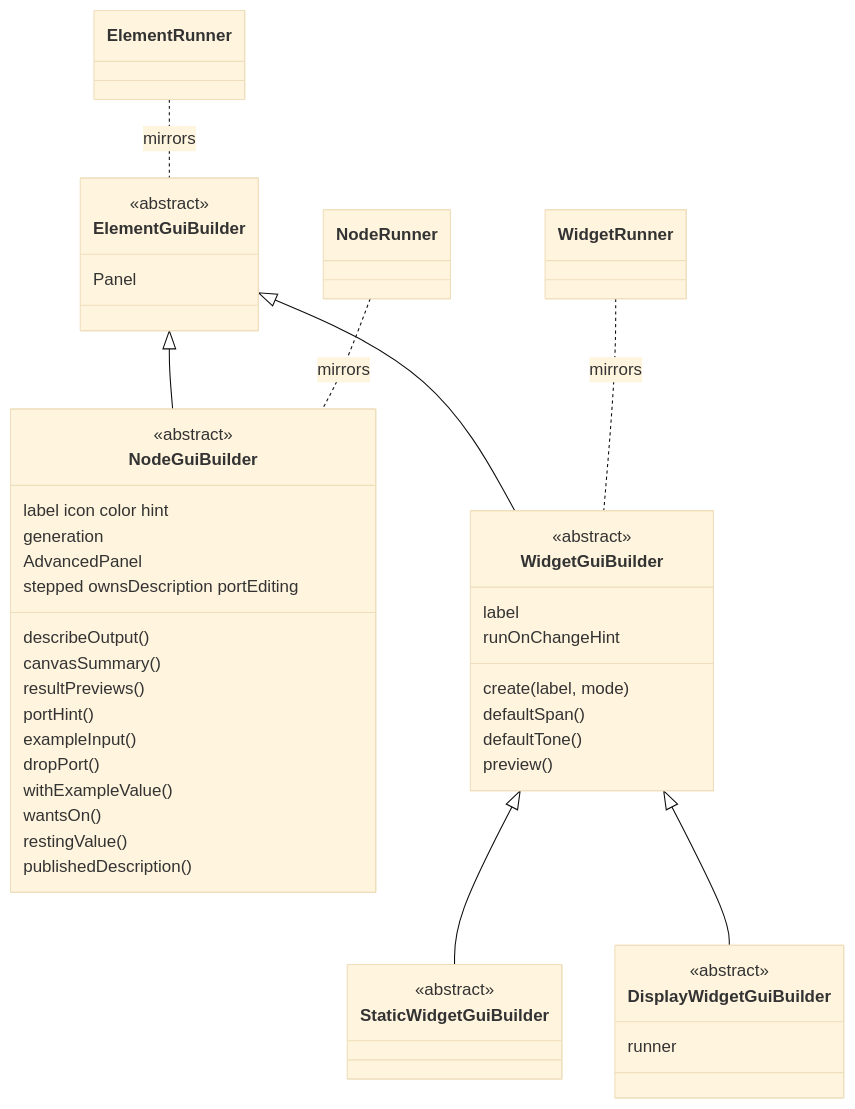
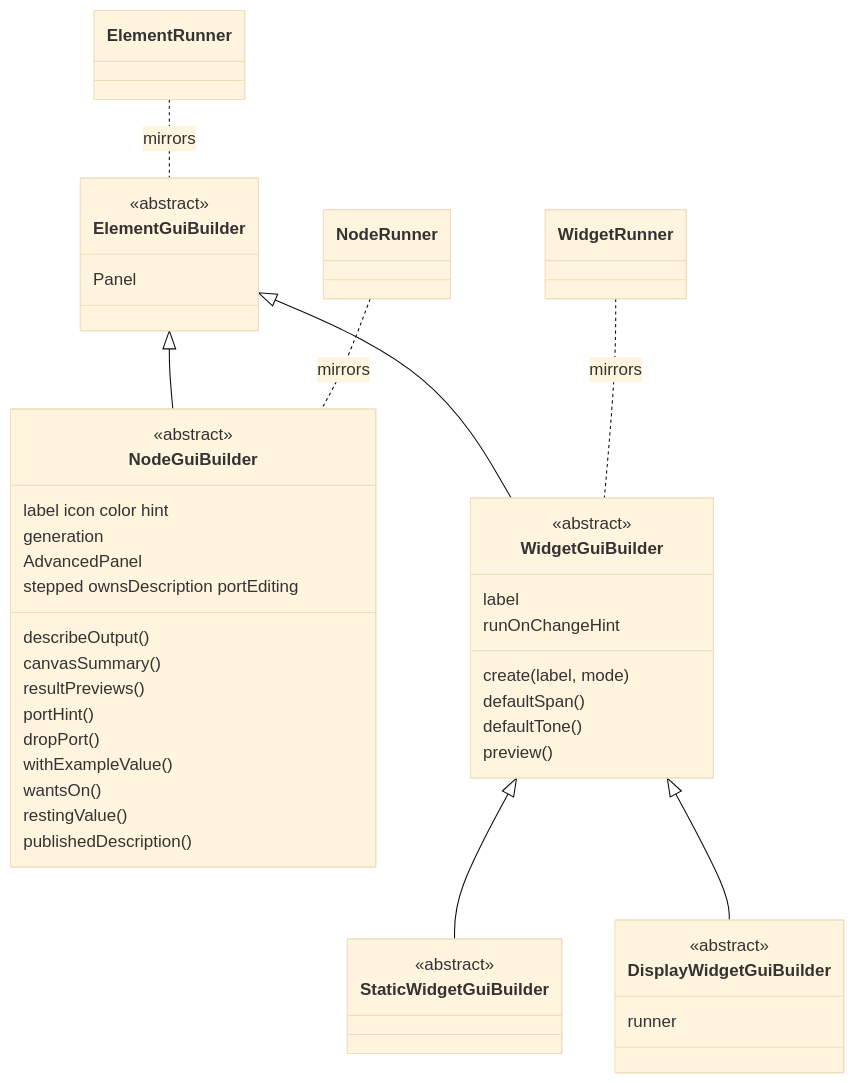
The fifth of 8 diagrams in arch/overview.md (Archimedes79/AI_Graph), drawn with Mermaid (base theme) before and after one commit. The commit also changed other lines of this file and 5 other files, not shown here.

````diff
--- a/arch/overview.md
+++ b/arch/overview.md
@@ -262,47 +262,46 @@
 ```mermaid
 classDiagram
   class ElementGuiBuilder {
     <<abstract>>
     Panel
   }
   class NodeGuiBuilder {
     <<abstract>>
     label icon color hint
     generation
     AdvancedPanel
     describeOutput()
     canvasSummary()
     resultPreviews()
     stepped ownsDescription portEditing
     portHint()
-    exampleInput()
     dropPort()
     withExampleValue()
     wantsOn()
     restingValue()
     publishedDescription()
   }
   class WidgetGuiBuilder {
     <<abstract>>
     label
     create(label, mode)
     defaultSpan()
     defaultTone()
     runOnChangeHint
     preview()
   }
   class StaticWidgetGuiBuilder {
     <<abstract>>
   }
   class DisplayWidgetGuiBuilder {
     <<abstract>>
     runner
   }
   ElementGuiBuilder <|-- NodeGuiBuilder
   ElementGuiBuilder <|-- WidgetGuiBuilder
   WidgetGuiBuilder <|-- StaticWidgetGuiBuilder
   WidgetGuiBuilder <|-- DisplayWidgetGuiBuilder
   ElementRunner .. ElementGuiBuilder : mirrors
   NodeRunner .. NodeGuiBuilder : mirrors
   WidgetRunner .. WidgetGuiBuilder : mirrors
 ```
````
